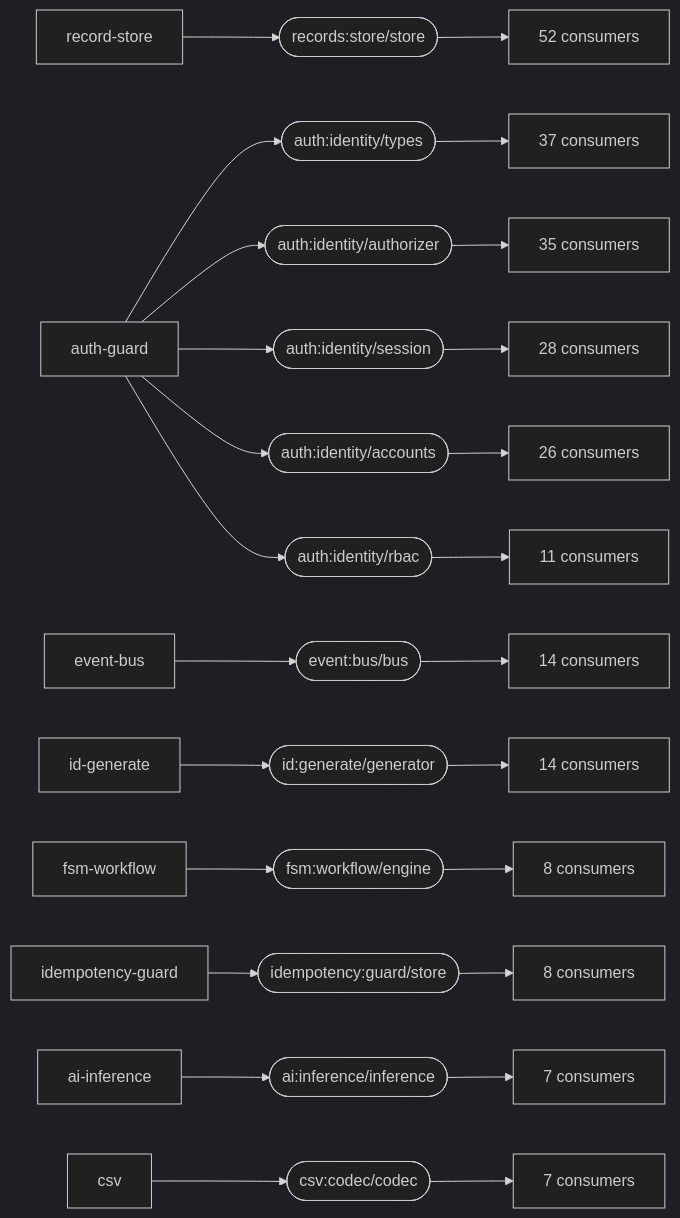
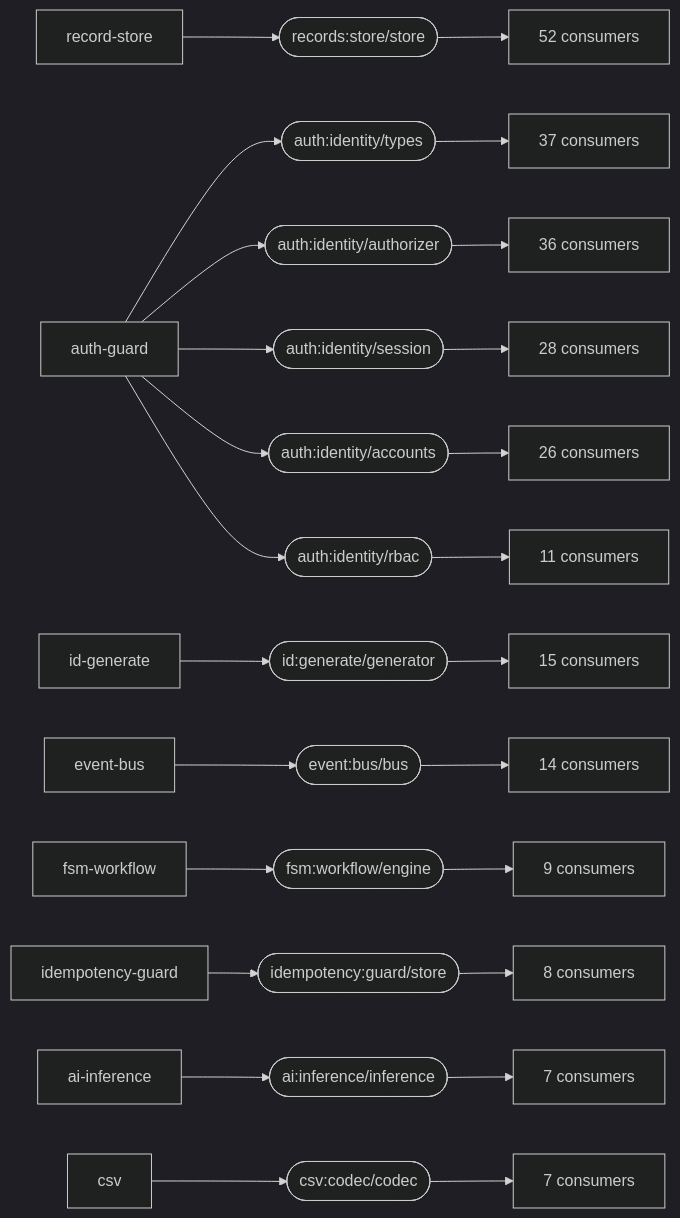
Before and after one commit to markkovari/holon: the first of 2 diagrams in docs/CAPABILITY-GRAPH.md, drawn with Mermaid (dark theme). The commit also changed other lines of this file and 25 other files, not shown here.

````diff
--- a/docs/CAPABILITY-GRAPH.md
+++ b/docs/CAPABILITY-GRAPH.md
@@ -123,39 +123,39 @@
 ```mermaid
 graph LR
   records_store_store(["records:store/store"])
   record_store[record-store] --> records_store_store
   records_store_store --> many_records_store_store["52 consumers"]
   auth_identity_types(["auth:identity/types"])
   auth_guard[auth-guard] --> auth_identity_types
   auth_identity_types --> many_auth_identity_types["37 consumers"]
   auth_identity_authorizer(["auth:identity/authorizer"])
   auth_guard[auth-guard] --> auth_identity_authorizer
-  auth_identity_authorizer --> many_auth_identity_authorizer["35 consumers"]
+  auth_identity_authorizer --> many_auth_identity_authorizer["36 consumers"]
   auth_identity_session(["auth:identity/session"])
   auth_guard[auth-guard] --> auth_identity_session
   auth_identity_session --> many_auth_identity_session["28 consumers"]
   auth_identity_accounts(["auth:identity/accounts"])
   auth_guard[auth-guard] --> auth_identity_accounts
   auth_identity_accounts --> many_auth_identity_accounts["26 consumers"]
+  id_generate_generator(["id:generate/generator"])
+  id_generate[id-generate] --> id_generate_generator
+  id_generate_generator --> many_id_generate_generator["15 consumers"]
   event_bus_bus(["event:bus/bus"])
   event_bus[event-bus] --> event_bus_bus
   event_bus_bus --> many_event_bus_bus["14 consumers"]
-  id_generate_generator(["id:generate/generator"])
-  id_generate[id-generate] --> id_generate_generator
-  id_generate_generator --> many_id_generate_generator["14 consumers"]
   auth_identity_rbac(["auth:identity/rbac"])
   auth_guard[auth-guard] --> auth_identity_rbac
   auth_identity_rbac --> many_auth_identity_rbac["11 consumers"]
   fsm_workflow_engine(["fsm:workflow/engine"])
   fsm_workflow[fsm-workflow] --> fsm_workflow_engine
-  fsm_workflow_engine --> many_fsm_workflow_engine["8 consumers"]
+  fsm_workflow_engine --> many_fsm_workflow_engine["9 consumers"]
   idempotency_guard_store(["idempotency:guard/store"])
   idempotency_guard[idempotency-guard] --> idempotency_guard_store
   idempotency_guard_store --> many_idempotency_guard_store["8 consumers"]
   ai_inference_inference(["ai:inference/inference"])
   ai_inference[ai-inference] --> ai_inference_inference
   ai_inference_inference --> many_ai_inference_inference["7 consumers"]
   csv_codec_codec(["csv:codec/codec"])
   csv[csv] --> csv_codec_codec
   csv_codec_codec --> many_csv_codec_codec["7 consumers"]
 ```
````
